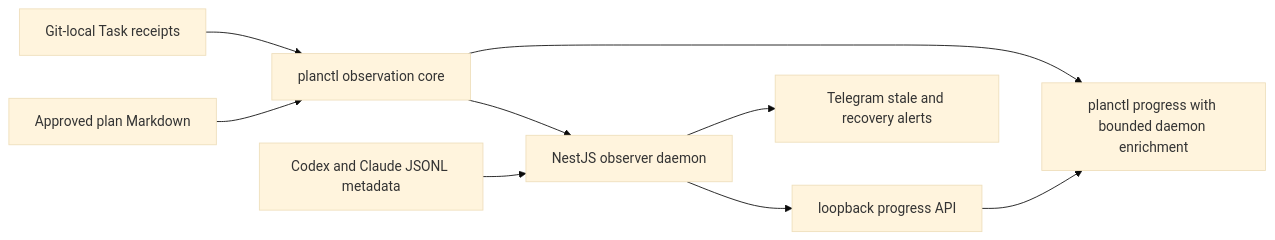
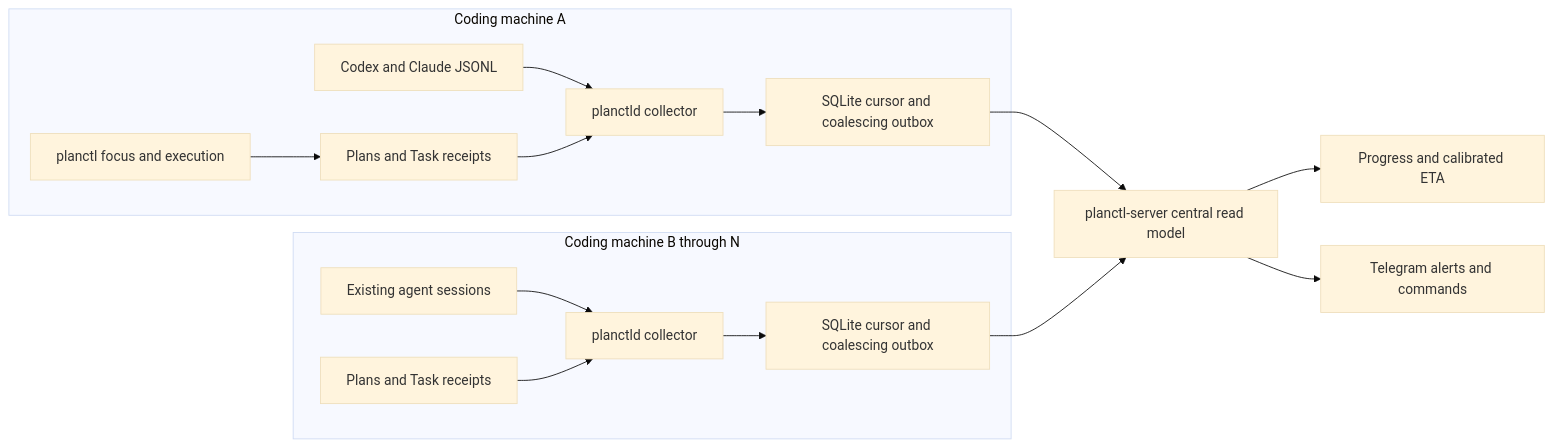
Before and after one commit to 0xmikko/0_agents: the diagram in docs/plans/planctl-observer-daemon.md, drawn with Mermaid (base theme). The commit also changed other lines of this file, not shown here.

First line of the commit message:
plan(planctl-observer): define distributed control plane

````diff
--- a/docs/plans/planctl-observer-daemon.md
+++ b/docs/plans/planctl-observer-daemon.md
@@ -61,11 +103,18 @@
 ```mermaid
 flowchart LR
-    P["Approved plan Markdown"] --> C["planctl observation core"]
-    R["Git-local Task receipts"] --> C
-    J["Codex and Claude JSONL metadata"] --> D["NestJS observer daemon"]
-    C --> D
-    C --> CLI["planctl progress with bounded daemon enrichment"]
-    D --> API["loopback progress API"]
-    D --> T["Telegram stale and recovery alerts"]
-    API --> CLI
+    subgraph M1["Coding machine A"]
+        A1["Codex and Claude JSONL"] --> D1["planctld collector"]
+        P1["Plans and Task receipts"] --> D1
+        C1["planctl focus and execution"] --> P1
+        D1 --> O1["SQLite cursor and coalescing outbox"]
+    end
+    subgraph M2["Coding machine B through N"]
+        A2["Existing agent sessions"] --> D2["planctld collector"]
+        P2["Plans and Task receipts"] --> D2
+        D2 --> O2["SQLite cursor and coalescing outbox"]
+    end
+    O1 --> S["planctl-server central read model"]
+    O2 --> S
+    S --> E["Progress and calibrated ETA"]
+    S --> T["Telegram alerts and commands"]
 ```
````
